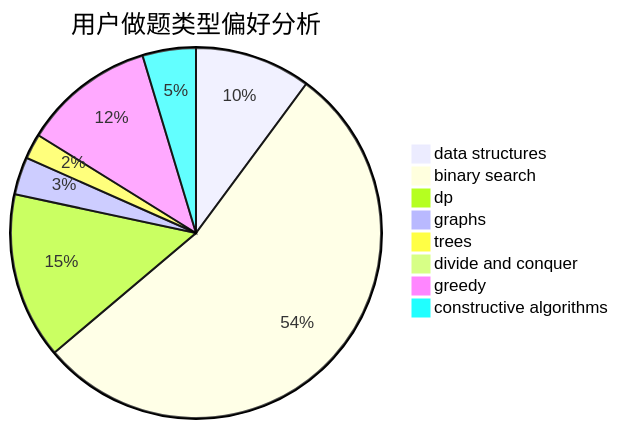
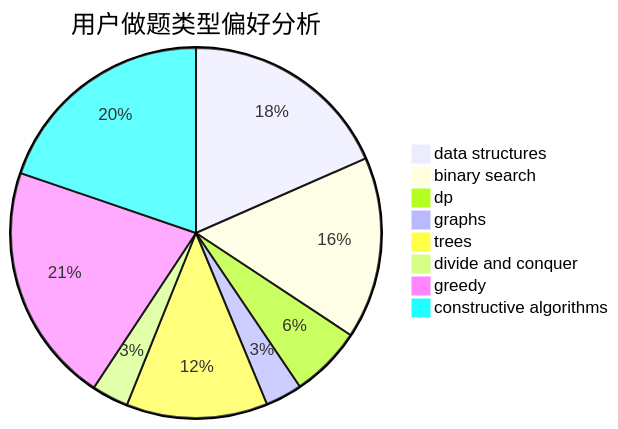
One commit to sherpahu/cfrs.github.io changed the second of 3 diagrams in docs/user/u1759.md. Above: the diagram before and after it, drawn with Mermaid. The commit also changed other lines of this file and 2770 other files, not shown here.

````diff
--- a/docs/user/u1759.md
+++ b/docs/user/u1759.md
@@ -23,11 +23,11 @@
 ```mermaid
 pie title 用户做题类型偏好分析
-    "data structures" :  37
-    "binary search" :  196
-    "dp" :  53
-    "graphs" :  12
-    "trees" :  8
-    "divide and conquer" :  0
-    "greedy" :  42
-    "constructive algorithms" :  17
+    "data structures" :  109
+    "binary search" :  94
+    "dp" :  37
+    "graphs" :  19
+    "trees" :  73
+    "divide and conquer" :  19
+    "greedy" :  124
+    "constructive algorithms" :  117
 ```
````
